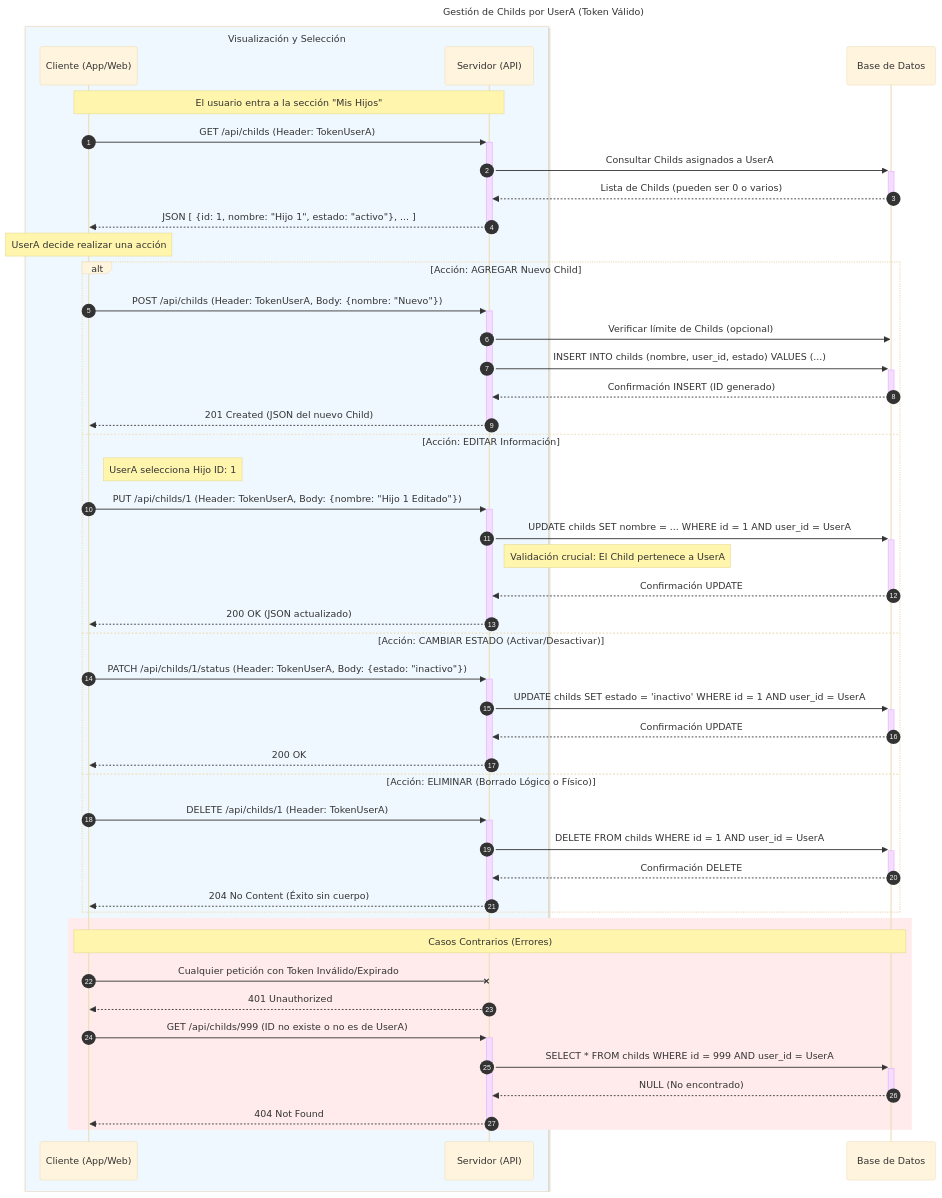
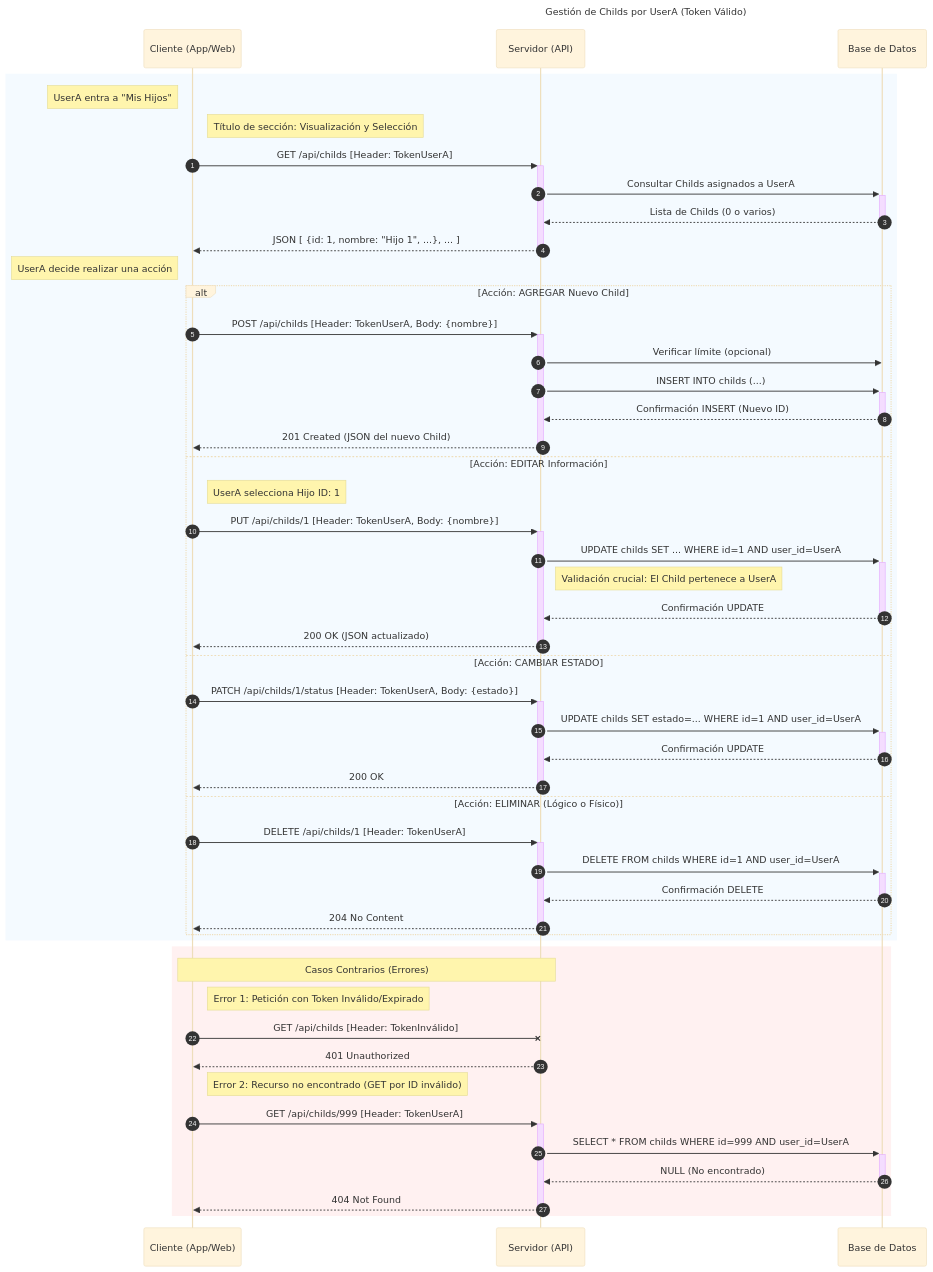
One commit to DrMack97/entornos-de-desenvolupament changed the diagram in prototipo3/Diagramas_Secuencia/Gestion_Child.mermaid. Above: the diagram before and after it, drawn with Mermaid (base theme). The commit also changed 3 other files, not shown here.

```diff
--- a/prototipo3/Diagramas_Secuencia/Gestion_Child.mermaid
+++ b/prototipo3/Diagramas_Secuencia/Gestion_Child.mermaid
@@ -1,59 +1,68 @@
 sequenceDiagram
     autonumber
     title Gestión de Childs por UserA (Token Válido)
 
-    %% Definición de Boxes (Solo envuelven a los participantes)
-    box rgb(240, 248, 255) Visualización y Selección
-        participant C as Cliente (App/Web)
-        participant S as Servidor (API)
-    end
+    %% Definición de participantes (al inicio, sin boxes)
+    participant C as Cliente (App/Web)
+    participant S as Servidor (API)
     participant B as Base de Datos
 
-    %% Flujo de Visualización
-    Note over C, S: El usuario entra a la sección "Mis Hijos"
-    C->>+S: GET /api/childs (Header: TokenUserA)
-    S->>+B: Consultar Childs asignados a UserA
-    B-->>-S: Lista de Childs (pueden ser 0 o varios)
-    S-->>-C: JSON [ {id: 1, nombre: "Hijo 1", estado: "activo"}, ... ]
+    %% Rectángulo de fondo para toda la sección de acciones exitosas (azul claro)
+    rect rgba(240, 248, 255, 0.7)
+        Note left of C: UserA entra a "Mis Hijos"
+        Note right of C: Título de sección: Visualización y Selección
+        
+        %% Flujo de Visualización
+        C->>+S: GET /api/childs [Header: TokenUserA]
+        S->>+B: Consultar Childs asignados a UserA
+        B-->>-S: Lista de Childs (0 o varios)
+        S-->>-C: JSON [ {id: 1, nombre: "Hijo 1", ...}, ... ]
 
-    Note over C: UserA decide realizar una acción
+        Note left of C: UserA decide realizar una acción
 
-    alt Acción: AGREGAR Nuevo Child
-        C->>+S: POST /api/childs (Header: TokenUserA, Body: {nombre: "Nuevo"})
-        S->>B: Verificar límite de Childs (opcional)
-        S->>+B: INSERT INTO childs (nombre, user_id, estado) VALUES (...)
-        B-->>-S: Confirmación INSERT (ID generado)
-        S-->>-C: 201 Created (JSON del nuevo Child)
+        %% Bloque Alt con las acciones principales
+        alt Acción: AGREGAR Nuevo Child
+            C->>+S: POST /api/childs [Header: TokenUserA, Body: {nombre}]
+            S->>B: Verificar límite (opcional)
+            S->>+B: INSERT INTO childs (...)
+            B-->>-S: Confirmación INSERT (Nuevo ID)
+            S-->>-C: 201 Created (JSON del nuevo Child)
 
-    else Acción: EDITAR Información
-        Note right of C: UserA selecciona Hijo ID: 1
-        C->>+S: PUT /api/childs/1 (Header: TokenUserA, Body: {nombre: "Hijo 1 Editado"})
-        S->>+B: UPDATE childs SET nombre = ... WHERE id = 1 AND user_id = UserA
-        Note right of S: Validación crucial: El Child pertenece a UserA
-        B-->>-S: Confirmación UPDATE
-        S-->>-C: 200 OK (JSON actualizado)
+        else Acción: EDITAR Información
+            Note right of C: UserA selecciona Hijo ID: 1
+            C->>+S: PUT /api/childs/1 [Header: TokenUserA, Body: {nombre}]
+            S->>+B: UPDATE childs SET ... WHERE id=1 AND user_id=UserA
+            Note right of S: Validación crucial: El Child pertenece a UserA
+            B-->>-S: Confirmación UPDATE
+            S-->>-C: 200 OK (JSON actualizado)
 
-    else Acción: CAMBIAR ESTADO (Activar/Desactivar)
-        C->>+S: PATCH /api/childs/1/status (Header: TokenUserA, Body: {estado: "inactivo"})
-        S->>+B: UPDATE childs SET estado = 'inactivo' WHERE id = 1 AND user_id = UserA
-        B-->>-S: Confirmación UPDATE
-        S-->>-C: 200 OK
+        else Acción: CAMBIAR ESTADO
+            C->>+S: PATCH /api/childs/1/status [Header: TokenUserA, Body: {estado}]
+            S->>+B: UPDATE childs SET estado=... WHERE id=1 AND user_id=UserA
+            B-->>-S: Confirmación UPDATE
+            S-->>-C: 200 OK
 
-    else Acción: ELIMINAR (Borrado Lógico o Físico)
-        C->>+S: DELETE /api/childs/1 (Header: TokenUserA)
-        S->>+B: DELETE FROM childs WHERE id = 1 AND user_id = UserA
-        B-->>-S: Confirmación DELETE
-        S-->>-C: 204 No Content (Éxito sin cuerpo)
+        else Acción: ELIMINAR (Lógico o Físico)
+            C->>+S: DELETE /api/childs/1 [Header: TokenUserA]
+            S->>+B: DELETE FROM childs WHERE id=1 AND user_id=UserA
+            B-->>-S: Confirmación DELETE
+            S-->>-C: 204 No Content
+        end
     end
 
-    %% Si quieres resaltar el área de errores, usa rect en lugar de box
-    rect rgb(255, 235, 235)
-        Note over C, B: Casos Contrarios (Errores)
-        C-xS: Cualquier petición con Token Inválido/Expirado
+    %% Rectángulo de fondo para la sección de errores (rojizo claro)
+    rect rgba(255, 235, 235, 0.7)
+        %% Nota centralizada para indicar la sección de errores
+        Note over C, S: Casos Contrarios (Errores)
+
+        %% Nota lateral para simplificar
+        Note right of C: Error 1: Petición con Token Inválido/Expirado
+        C-xS: GET /api/childs [Header: TokenInválido]
         S-->>C: 401 Unauthorized
 
-        C->>+S: GET /api/childs/999 (ID no existe o no es de UserA)
-        S->>+B: SELECT * FROM childs WHERE id = 999 AND user_id = UserA
+        Note right of C: Error 2: Recurso no encontrado (GET por ID inválido)
+        C->>+S: GET /api/childs/999 [Header: TokenUserA]
+        S->>+B: SELECT * FROM childs WHERE id=999 AND user_id=UserA
         B-->>-S: NULL (No encontrado)
         S-->>-C: 404 Not Found
     end
```
